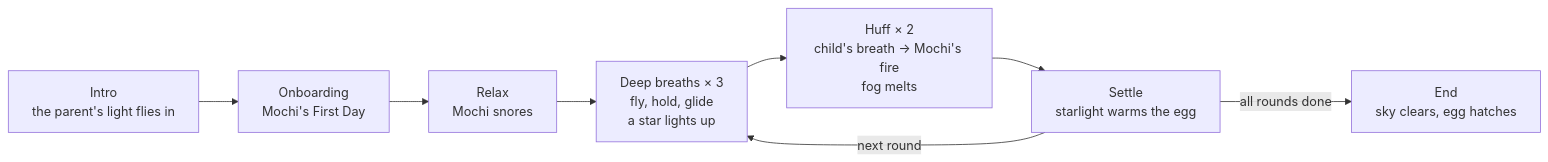
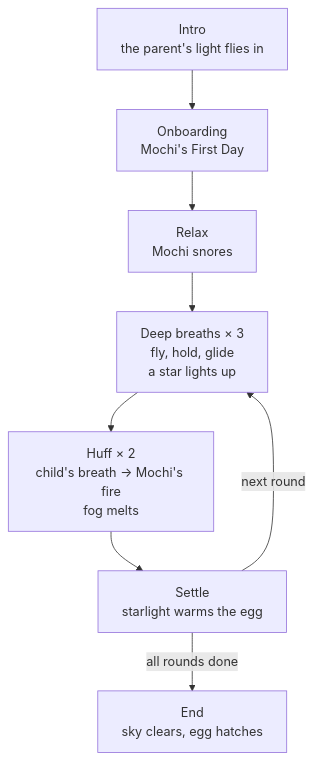
Before and after one commit to Laplandog/arr-hackathon: the diagram in SHOWCASE.md, drawn with Mermaid.

Commit message:
展示页的流程图改成从上到下，GitHub 上不再被挤小

````diff
--- a/SHOWCASE.md
+++ b/SHOWCASE.md
@@ -31,10 +31,10 @@
 ```mermaid
-flowchart LR
+flowchart TD
     A["Intro<br/>the parent's light flies in"] --> B["Onboarding<br/>Mochi's First Day"]
     B --> C["Relax<br/>Mochi snores"]
     C --> D["Deep breaths × 3<br/>fly, hold, glide<br/>a star lights up"]
     D --> E["Huff × 2<br/>child's breath → Mochi's fire<br/>fog melts"]
     E --> F["Settle<br/>starlight warms the egg"]
     F -->|next round| D
     F -->|all rounds done| G["End<br/>sky clears, egg hatches"]
 ```
````
